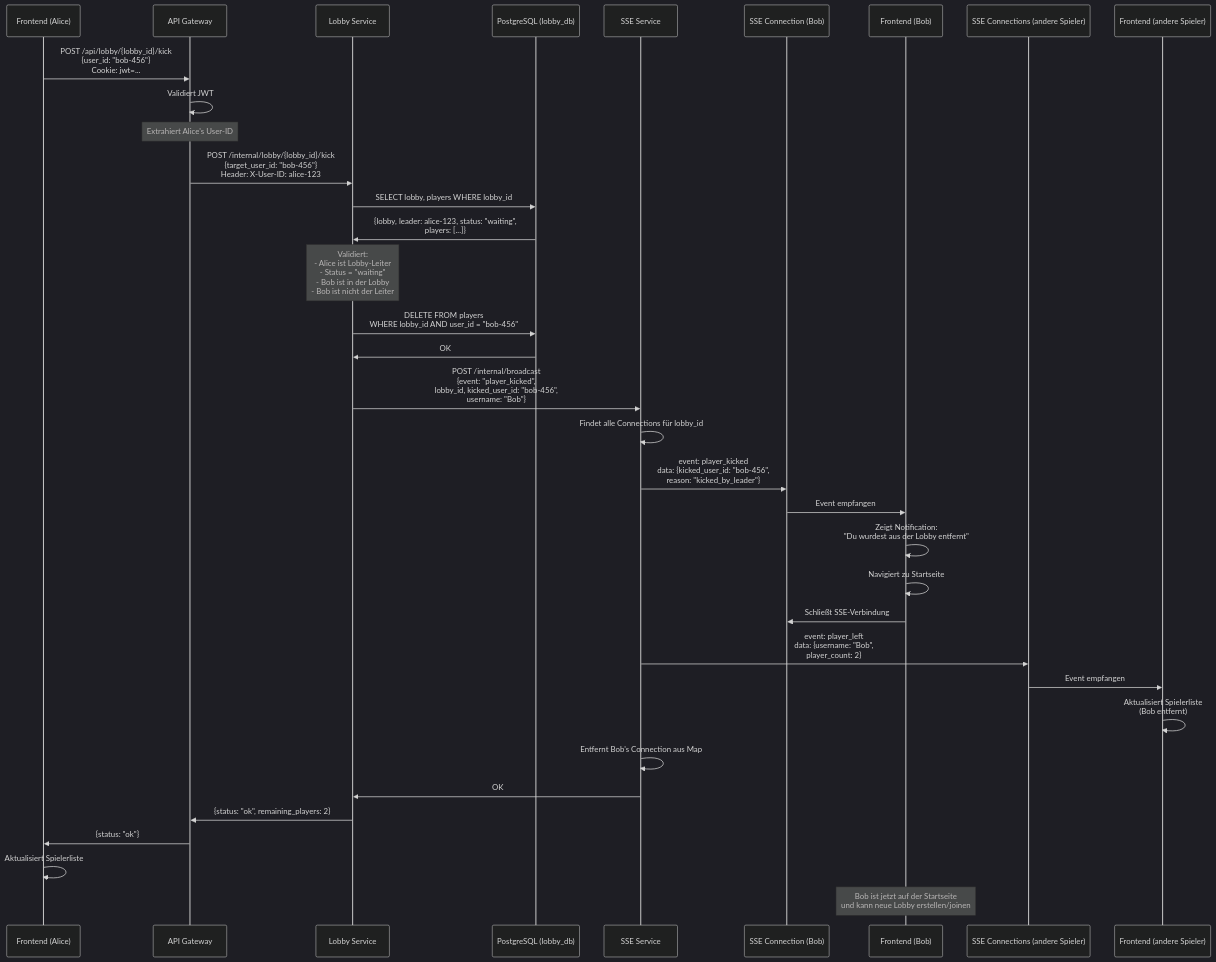
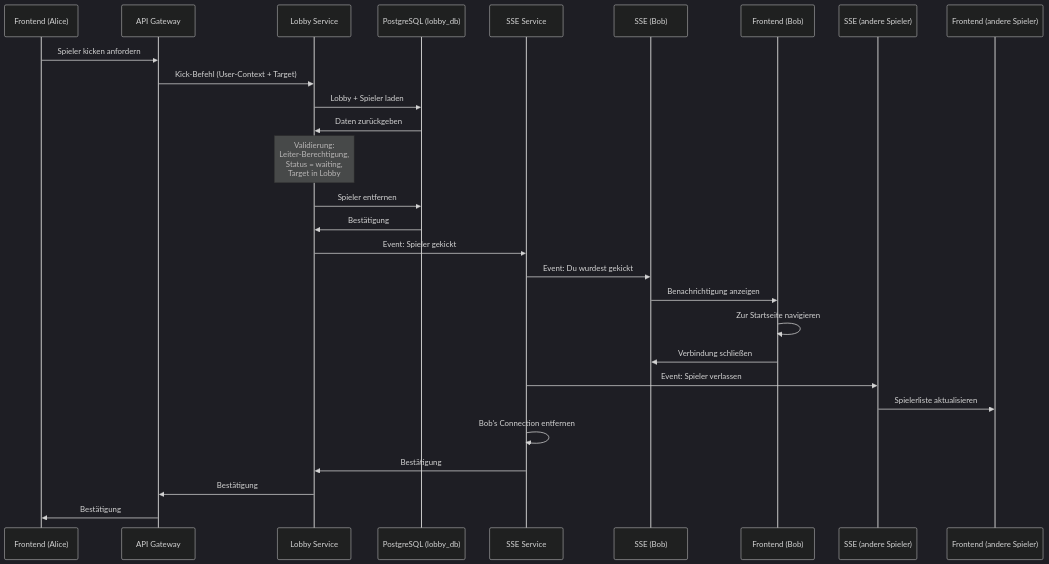
One commit to KnuffelGame/Project-Management changed the fourth of 10 diagrams in Sequenzdiagramme.md. Above: the diagram before and after it, drawn with Mermaid (dark theme). The commit also changed other lines of this file, not shown here.

````diff
--- a/Sequenzdiagramme.md
+++ b/Sequenzdiagramme.md
@@ -192,52 +212,40 @@
 ```mermaid
 sequenceDiagram
     participant Frontend_Alice as Frontend (Alice)
     participant Gateway as API Gateway
     participant Lobby as Lobby Service
     participant DB as PostgreSQL (lobby_db)
     participant SSE as SSE Service
-    participant SSE_Bob as SSE Connection (Bob)
+    participant SSE_Bob as SSE (Bob)
     participant Frontend_Bob as Frontend (Bob)
-    participant SSE_Others as SSE Connections (andere Spieler)
+    participant SSE_Others as SSE (andere Spieler)
     participant Frontend_Others as Frontend (andere Spieler)
 
-    Frontend_Alice->>Gateway: POST /api/lobby/{lobby_id}/kick<br/>{user_id: "bob-456"}<br/>Cookie: jwt=...
+    Frontend_Alice->>Gateway: Spieler kicken anfordern
     
-    Gateway->>Gateway: Validiert JWT
-    Note over Gateway: Extrahiert Alice's User-ID
+    Gateway->>Lobby: Kick-Befehl (User-Context + Target)
     
-    Gateway->>Lobby: POST /internal/lobby/{lobby_id}/kick<br/>{target_user_id: "bob-456"}<br/>Header: X-User-ID: alice-123
+    Lobby->>DB: Lobby + Spieler laden
+    DB->>Lobby: Daten zurückgeben
     
-    Lobby->>DB: SELECT lobby, players WHERE lobby_id
-    DB->>Lobby: {lobby, leader: alice-123, status: "waiting",<br/>players: [...]}
+    Note over Lobby: Validierung:<br/>Leiter-Berechtigung,<br/>Status = waiting,<br/>Target in Lobby
     
-    Note over Lobby: Validiert:<br/>- Alice ist Lobby-Leiter<br/>- Status = "waiting"<br/>- Bob ist in der Lobby<br/>- Bob ist nicht der Leiter
+    Lobby->>DB: Spieler entfernen
+    DB->>Lobby: Bestätigung
     
-    Lobby->>DB: DELETE FROM players<br/>WHERE lobby_id AND user_id = "bob-456"
-    DB->>Lobby: OK
+    Lobby->>SSE: Event: Spieler gekickt
     
-    Lobby->>SSE: POST /internal/broadcast<br/>{event: "player_kicked",<br/>lobby_id, kicked_user_id: "bob-456",<br/>username: "Bob"}
+    SSE->>SSE_Bob: Event: Du wurdest gekickt
+    SSE_Bob->>Frontend_Bob: Benachrichtigung anzeigen
+    Frontend_Bob->>Frontend_Bob: Zur Startseite navigieren
+    Frontend_Bob->>SSE_Bob: Verbindung schließen
     
-    SSE->>SSE: Findet alle Connections für lobby_id
+    SSE->>SSE_Others: Event: Spieler verlassen
+    SSE_Others->>Frontend_Others: Spielerliste aktualisieren
     
-    SSE->>SSE_Bob: event: player_kicked<br/>data: {kicked_user_id: "bob-456",<br/>reason: "kicked_by_leader"}
-    SSE_Bob->>Frontend_Bob: Event empfangen
-    Frontend_Bob->>Frontend_Bob: Zeigt Notification:<br/>"Du wurdest aus der Lobby entfernt"
-    Frontend_Bob->>Frontend_Bob: Navigiert zu Startseite
-    Frontend_Bob->>SSE_Bob: Schließt SSE-Verbindung
+    SSE->>SSE: Bob's Connection entfernen
+    SSE->>Lobby: Bestätigung
     
-    SSE->>SSE_Others: event: player_left<br/>data: {username: "Bob",<br/>player_count: 2}
-    SSE_Others->>Frontend_Others: Event empfangen
-    Frontend_Others->>Frontend_Others: Aktualisiert Spielerliste<br/>(Bob entfernt)
-    
-    SSE->>SSE: Entfernt Bob's Connection aus Map
-    
-    SSE->>Lobby: OK
-    
-    Lobby->>Gateway: {status: "ok", remaining_players: 2}
-    Gateway->>Frontend_Alice: {status: "ok"}
-    
-    Frontend_Alice->>Frontend_Alice: Aktualisiert Spielerliste
-    
-    Note over Frontend_Bob: Bob ist jetzt auf der Startseite<br/>und kann neue Lobby erstellen/joinen
+    Lobby->>Gateway: Bestätigung
+    Gateway->>Frontend_Alice: Bestätigung
 ```
````
